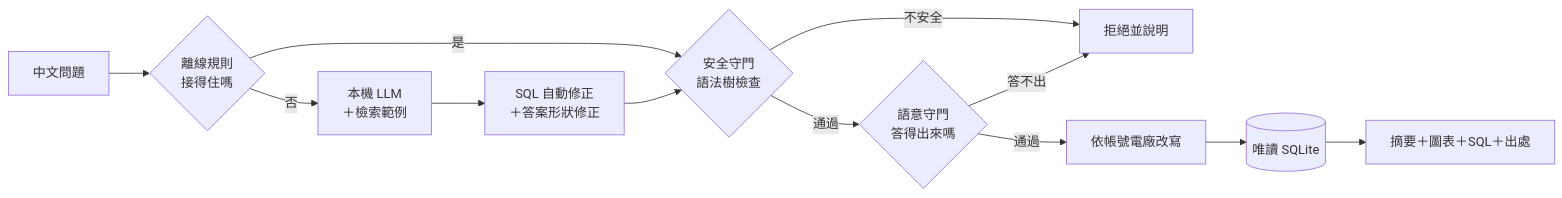
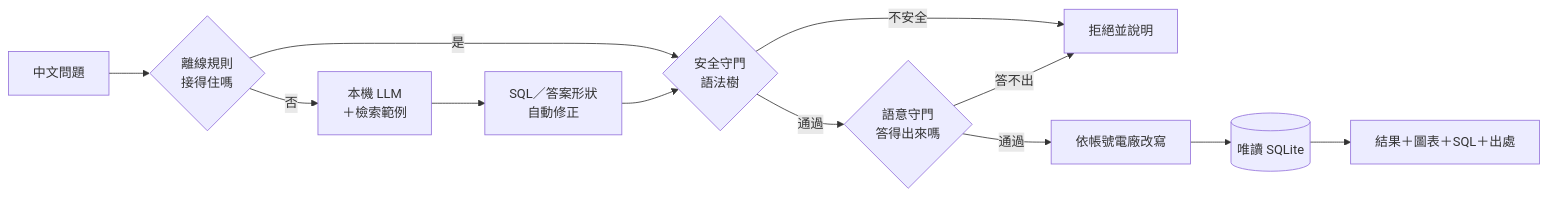
Before and after one commit to kayla162/gridlens-tw: the diagram in README.md, drawn with Mermaid. The commit also changed other lines of this file and 1 other file, not shown here.

````diff
--- a/README.md
+++ b/README.md
@@ -76,10 +41,10 @@
 ```mermaid
 flowchart LR
     Q[中文問題] --> R{離線規則<br/>接得住嗎}
     R -- 是 --> G1
-    R -- 否 --> L[本機 LLM<br/>＋檢索範例] --> F[SQL 自動修正<br/>＋答案形狀修正] --> G1
-    G1{安全守門<br/>語法樹檢查} -- 不安全 --> X[拒絕並說明]
+    R -- 否 --> L[本機 LLM<br/>＋檢索範例] --> F[SQL／答案形狀<br/>自動修正] --> G1
+    G1{安全守門<br/>語法樹} -- 不安全 --> X[拒絕並說明]
     G1 -- 通過 --> G2{語意守門<br/>答得出來嗎}
     G2 -- 答不出 --> X
-    G2 -- 通過 --> P[依帳號電廠改寫] --> DB[(唯讀 SQLite)] --> A[摘要＋圖表＋SQL＋出處]
+    G2 -- 通過 --> P[依帳號電廠改寫] --> DB[(唯讀 SQLite)] --> A[結果＋圖表＋SQL＋出處]
 ```
````
